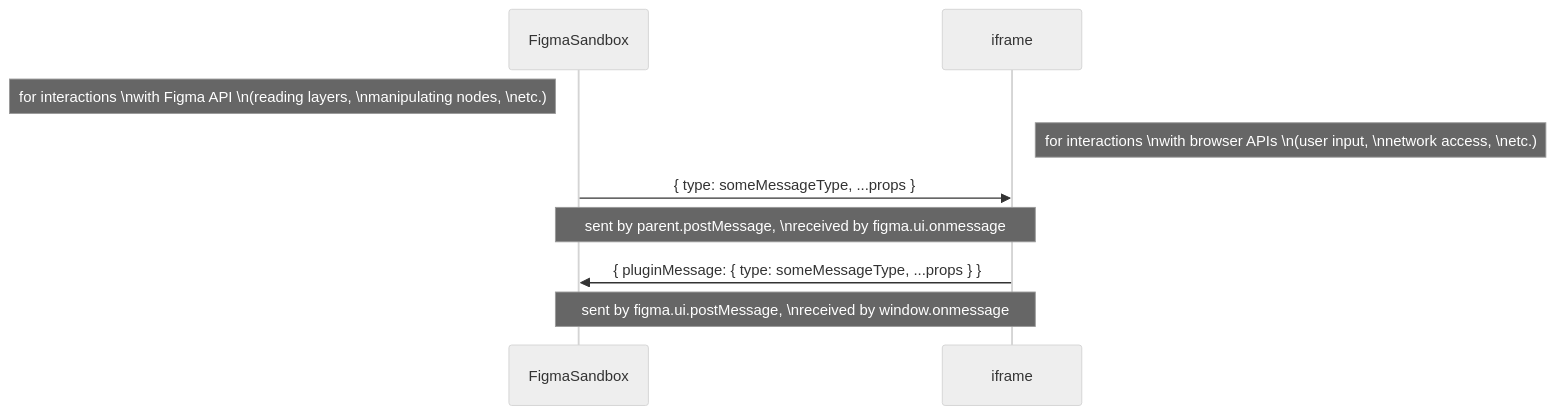
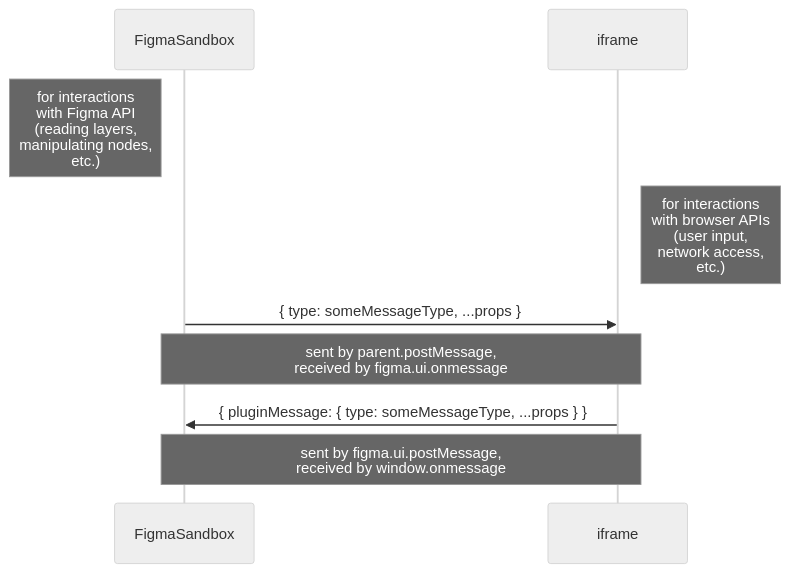
Before and after one commit to bobheadxi/bobheadxi.github.io: the first of 2 diagrams in _posts/2020-2-25-figma-report-plugin.md, drawn with Mermaid (neutral theme).

Commit message:
use <br /> instead of \n

````diff
--- a/_posts/2020-2-25-figma-report-plugin.md
+++ b/_posts/2020-2-25-figma-report-plugin.md
@@ -58,14 +58,14 @@
 ```mermaid
 sequenceDiagram
   participant FigmaSandbox
-  note left of FigmaSandbox: for interactions \nwith Figma API \n(reading layers, \nmanipulating nodes, \netc.)
+  note left of FigmaSandbox: for interactions <br />with Figma API <br />(reading layers, <br />manipulating nodes, <br />etc.)
 
   participant iframe
-  note right of iframe: for interactions \nwith browser APIs \n(user input, \nnetwork access, \netc.)
+  note right of iframe: for interactions <br />with browser APIs <br />(user input, <br />network access, <br />etc.)
 
   FigmaSandbox->>iframe: { type: someMessageType, ...props }
-  note over FigmaSandbox,iframe: sent by parent.postMessage, \nreceived by figma.ui.onmessage
+  note over FigmaSandbox,iframe: sent by parent.postMessage, <br />received by figma.ui.onmessage
 
   iframe->>FigmaSandbox: { pluginMessage: { type: someMessageType, ...props } }
-  note over iframe,FigmaSandbox: sent by figma.ui.postMessage, \nreceived by window.onmessage
+  note over iframe,FigmaSandbox: sent by figma.ui.postMessage, <br />received by window.onmessage
 ```
````
